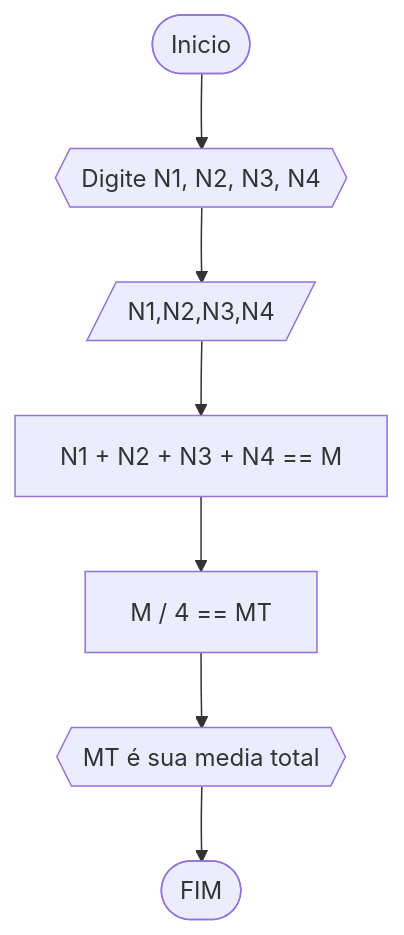
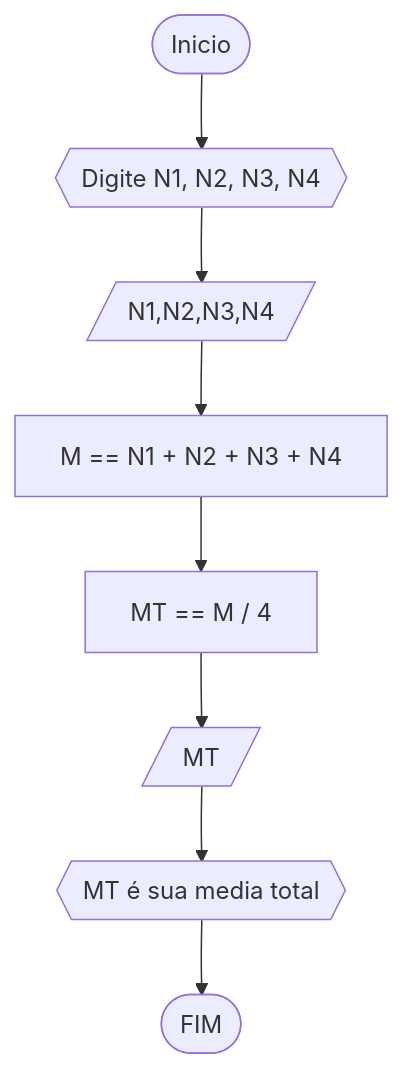
The first of 4 diagrams in RLB/lista2_exercicios.md (paaiva/UNIFOR2), drawn with Mermaid before and after one commit. The commit also changed other lines of this file, not shown here.

````diff
--- a/RLB/lista2_exercicios.md
+++ b/RLB/lista2_exercicios.md
@@ -7,9 +7,10 @@
 ```mermaid
 flowchart TD
 A([Inicio])-->B{{Digite N1, N2, N3, N4}}
 B-->C[/N1,N2,N3,N4/]
-C-->D[N1 + N2 + N3 + N4 == M]
-D-->E[M / 4 == MT]
-E-->F{{MT é sua media total}}
+C-->D[M == N1 + N2 + N3 + N4]
+D-->E[MT == M / 4 ]
+E-->H[/MT/]
+H-->F{{MT é sua media total}}
 F-->G([FIM])
 ```
````
